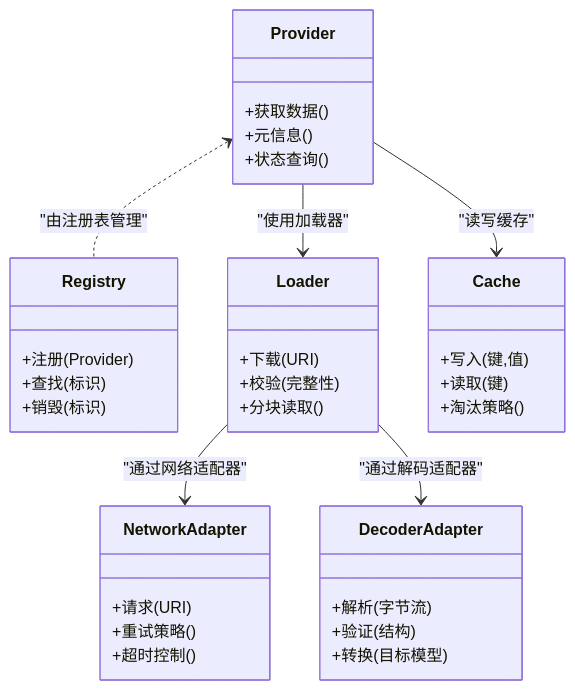
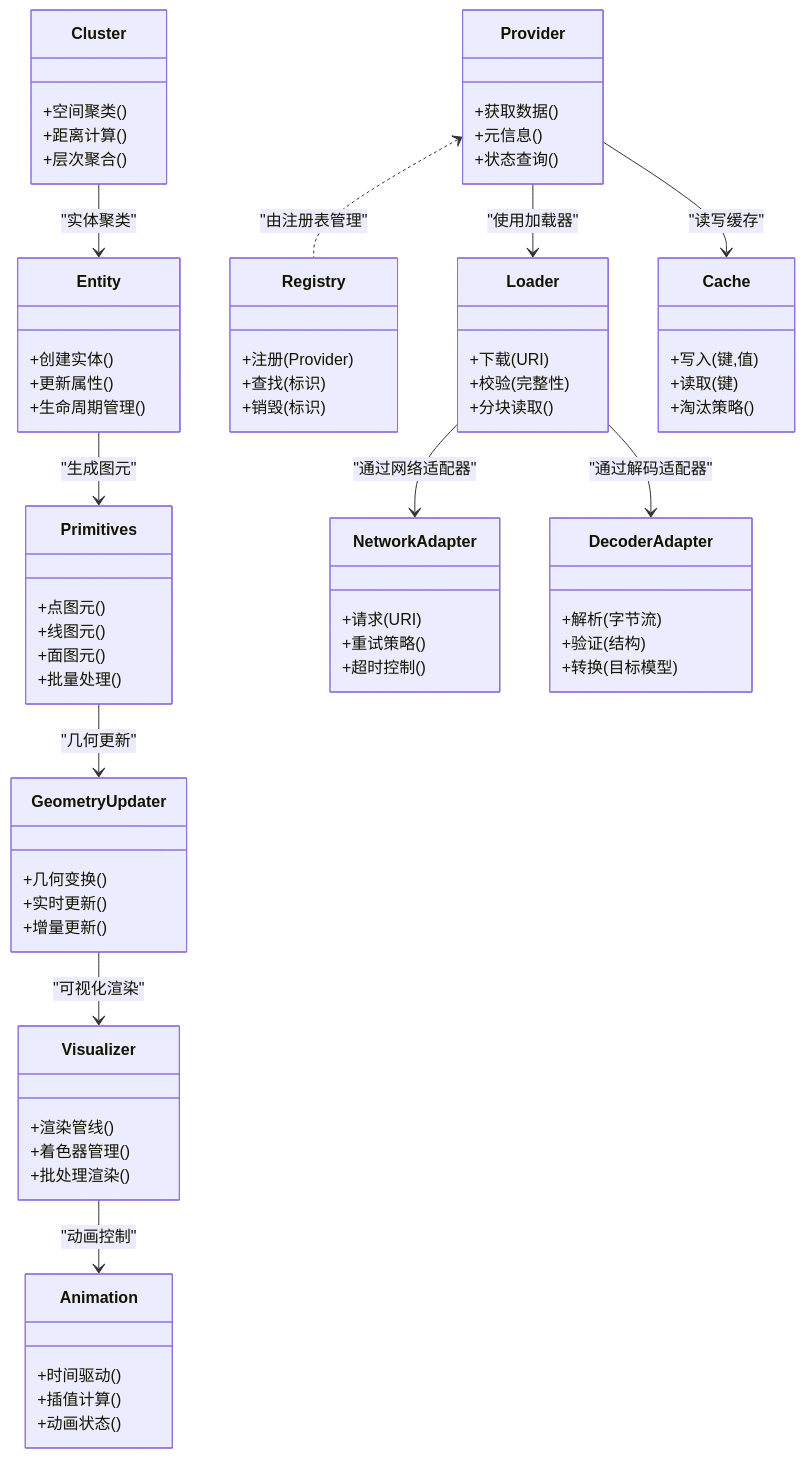
Before and after one commit to rzhangjing/cesium: the second of 6 diagrams in .qoder/repowiki/zh/content/项目概述/核心特性/地理空间数据处理/数据源框架.md, drawn with Mermaid. The commit also changed other lines of this file and 30 other files, not shown here.

````diff
--- a/.qoder/repowiki/zh/content/项目概述/核心特性/地理空间数据处理/数据源框架.md
+++ b/.qoder/repowiki/zh/content/项目概述/核心特性/地理空间数据处理/数据源框架.md
@@ -101,38 +155,74 @@
 ```mermaid
 classDiagram
 class Provider {
 +获取数据()
 +元信息()
 +状态查询()
 }
 class Registry {
 +注册(Provider)
 +查找(标识)
 +销毁(标识)
 }
 class Loader {
 +下载(URI)
 +校验(完整性)
 +分块读取()
 }
 class Cache {
 +写入(键,值)
 +读取(键)
 +淘汰策略()
 }
+class Entity {
++创建实体()
++更新属性()
++生命周期管理()
+}
+class Primitives {
++点图元()
++线图元()
++面图元()
++批量处理()
+}
+class GeometryUpdater {
++几何变换()
++实时更新()
++增量更新()
+}
+class Visualizer {
++渲染管线()
++着色器管理()
++批处理渲染()
+}
+class Animation {
++时间驱动()
++插值计算()
++动画状态()
+}
+class Cluster {
++空间聚类()
++距离计算()
++层次聚合()
+}
 class NetworkAdapter {
 +请求(URI)
 +重试策略()
 +超时控制()
 }
 class DecoderAdapter {
 +解析(字节流)
 +验证(结构)
 +转换(目标模型)
 }
 Provider <.. Registry : "由注册表管理"
 Provider --> Loader : "使用加载器"
 Provider --> Cache : "读写缓存"
+Entity --> Primitives : "生成图元"
+Primitives --> GeometryUpdater : "几何更新"
+GeometryUpdater --> Visualizer : "可视化渲染"
+Visualizer --> Animation : "动画控制"
+Cluster --> Entity : "实体聚类"
 Loader --> NetworkAdapter : "通过网络适配器"
 Loader --> DecoderAdapter : "通过解码适配器"
 ```
````
